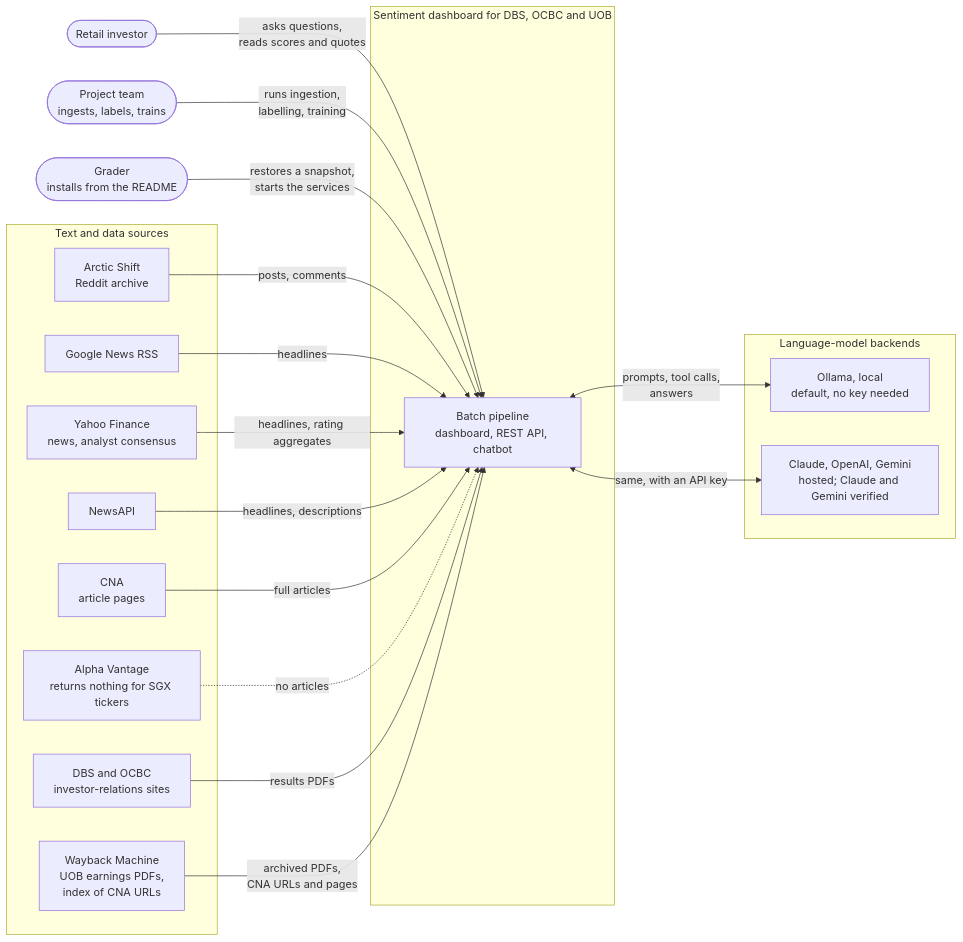
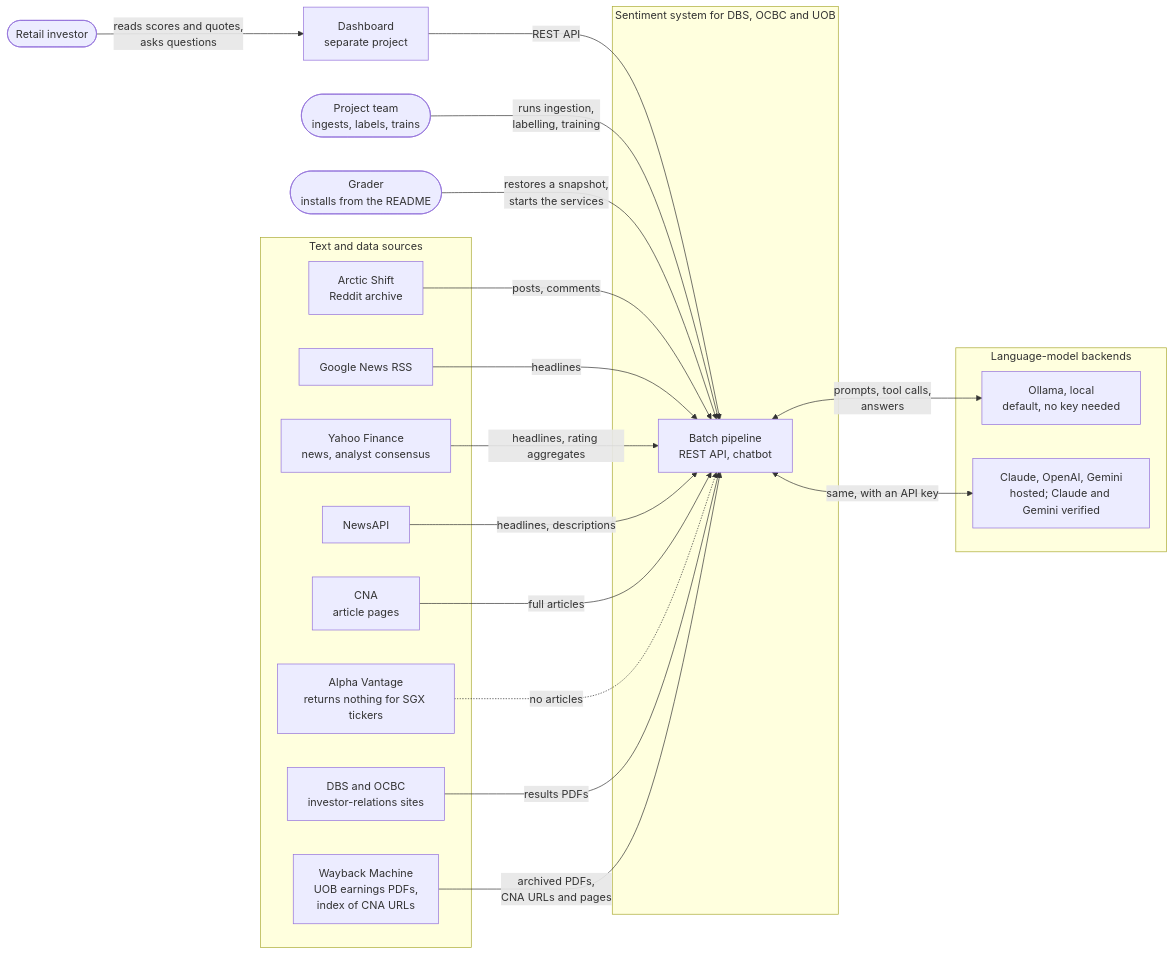
One commit to Gavingyh/plp-project changed the diagram in docs/diagrams/src/01-system-context.mmd. Above: the diagram before and after it, drawn with Mermaid. The commit also changed 62 other files, not shown here.

First line of the commit message:
Hand the dashboard to its own project; expose everything through the API

```diff
--- a/docs/diagrams/src/01-system-context.mmd
+++ b/docs/diagrams/src/01-system-context.mmd
@@ -1,43 +1,46 @@
 flowchart LR
   accTitle: System context
-  accDescr: The sentiment system with its three kinds of user, its five text and data sources, and its four model backends.
+  accDescr: The sentiment system with its three kinds of user, the separate dashboard that reads its API, its text and data sources, and its four model backends.
 
   investor(["Retail investor"])
   team(["Project team<br/>ingests, labels, trains"])
   grader(["Grader<br/>installs from the README"])
 
-  subgraph sys["Sentiment dashboard for DBS, OCBC and UOB"]
-    core["Batch pipeline<br/>dashboard, REST API, chatbot"]
+  subgraph sys["Sentiment system for DBS, OCBC and UOB"]
+    core["Batch pipeline<br/>REST API, chatbot"]
   end
+
+  dash["Dashboard<br/>separate project"]
 
   subgraph sources["Text and data sources"]
     reddit["Arctic Shift<br/>Reddit archive"]
     gnews["Google News RSS"]
     yahoo["Yahoo Finance<br/>news, analyst consensus"]
     newsapi["NewsAPI"]
     cna["CNA<br/>article pages"]
     av["Alpha Vantage<br/>returns nothing for SGX tickers"]
     ir["DBS and OCBC<br/>investor-relations sites"]
     wayback["Wayback Machine<br/>UOB earnings PDFs,<br/>index of CNA URLs"]
   end
 
   subgraph llms["Language-model backends"]
     ollama["Ollama, local<br/>default, no key needed"]
     hosted["Claude, OpenAI, Gemini<br/>hosted; Claude and Gemini verified"]
   end
 
-  investor -- "asks questions,<br/>reads scores and quotes" --> core
+  investor -- "reads scores and quotes,<br/>asks questions" --> dash
+  dash -- "REST API" --> core
   team -- "runs ingestion,<br/>labelling, training" --> core
   grader -- "restores a snapshot,<br/>starts the services" --> core
 
   reddit -- "posts, comments" --> core
   gnews -- "headlines" --> core
   yahoo -- "headlines, rating aggregates" --> core
   newsapi -- "headlines, descriptions" --> core
   cna -- "full articles" --> core
   av -. "no articles" .-> core
   ir -- "results PDFs" --> core
   wayback -- "archived PDFs,<br/>CNA URLs and pages" --> core
 
   core <-- "prompts, tool calls,<br/>answers" --> ollama
   core <-- "same, with an API key" --> hosted
```
